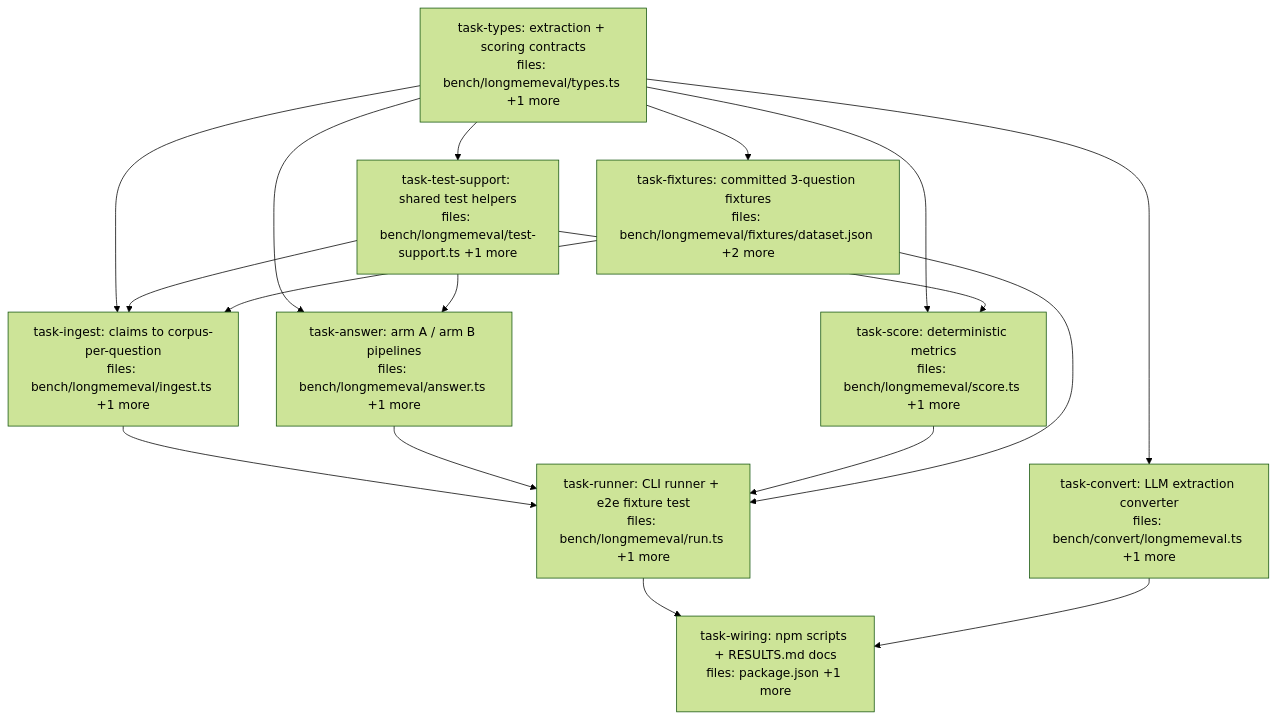
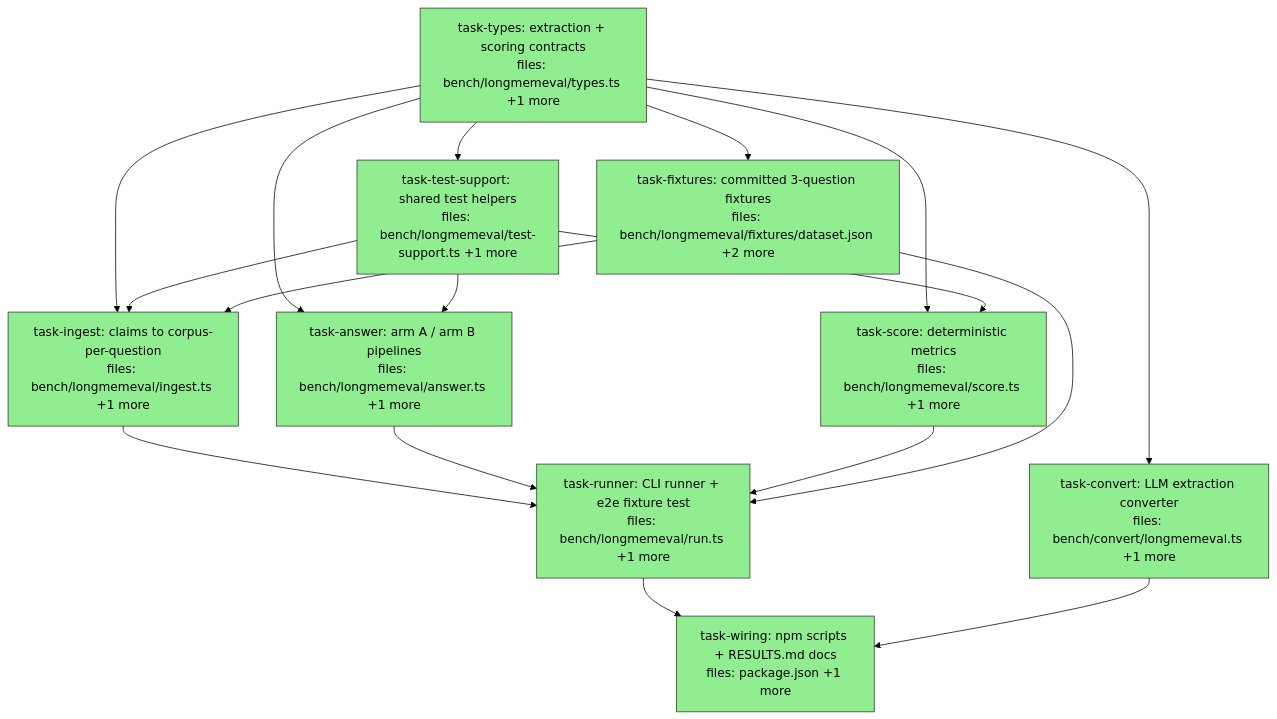
Before and after one commit to BrettNye/Mneme: the diagram in docs/superpowers/plans/2026-06-05-longmemeval-bench-dag.md, drawn with Mermaid (forest theme). The commit also changed other lines of this file and 1 other file, not shown here.

First line of the commit message:
docs(plan,spec): execution statuses all done; sanction tau_valid for arm A

````diff
--- a/docs/superpowers/plans/2026-06-05-longmemeval-bench-dag.md
+++ b/docs/superpowers/plans/2026-06-05-longmemeval-bench-dag.md
@@ -6,35 +6,35 @@
 ```mermaid
 flowchart TD
-    task-types["task-types: extraction + scoring contracts<br/>files: bench/longmemeval/types.ts +1 more"]
-    task-test-support["task-test-support: shared test helpers<br/>files: bench/longmemeval/test-support.ts +1 more"]
-    task-convert["task-convert: LLM extraction converter<br/>files: bench/convert/longmemeval.ts +1 more"]
-    task-fixtures["task-fixtures: committed 3-question fixtures<br/>files: bench/longmemeval/fixtures/dataset.json +2 more"]
-    task-score["task-score: deterministic metrics<br/>files: bench/longmemeval/score.ts +1 more"]
-    task-answer["task-answer: arm A / arm B pipelines<br/>files: bench/longmemeval/answer.ts +1 more"]
-    task-ingest["task-ingest: claims to corpus-per-question<br/>files: bench/longmemeval/ingest.ts +1 more"]
-    task-runner["task-runner: CLI runner + e2e fixture test<br/>files: bench/longmemeval/run.ts +1 more"]
-    task-wiring["task-wiring: npm scripts + RESULTS.md docs<br/>files: package.json +1 more"]
+    task-types["task-types: extraction + scoring contracts<br/>files: bench/longmemeval/types.ts +1 more"]:::done
+    task-test-support["task-test-support: shared test helpers<br/>files: bench/longmemeval/test-support.ts +1 more"]:::done
+    task-convert["task-convert: LLM extraction converter<br/>files: bench/convert/longmemeval.ts +1 more"]:::done
+    task-fixtures["task-fixtures: committed 3-question fixtures<br/>files: bench/longmemeval/fixtures/dataset.json +2 more"]:::done
+    task-score["task-score: deterministic metrics<br/>files: bench/longmemeval/score.ts +1 more"]:::done
+    task-answer["task-answer: arm A / arm B pipelines<br/>files: bench/longmemeval/answer.ts +1 more"]:::done
+    task-ingest["task-ingest: claims to corpus-per-question<br/>files: bench/longmemeval/ingest.ts +1 more"]:::done
+    task-runner["task-runner: CLI runner + e2e fixture test<br/>files: bench/longmemeval/run.ts +1 more"]:::done
+    task-wiring["task-wiring: npm scripts + RESULTS.md docs<br/>files: package.json +1 more"]:::done
 
     task-types --> task-test-support
     task-types --> task-convert
     task-types --> task-fixtures
     task-types --> task-score
     task-types --> task-answer
     task-types --> task-ingest
     task-test-support --> task-score
     task-test-support --> task-answer
     task-test-support --> task-ingest
     task-fixtures --> task-ingest
     task-ingest --> task-runner
     task-answer --> task-runner
     task-score --> task-runner
     task-fixtures --> task-runner
     task-runner --> task-wiring
     task-convert --> task-wiring
 
     classDef done fill:#90ee90,stroke:#333
     classDef ready fill:#fffacd,stroke:#333
     classDef running fill:#87ceeb,stroke:#333
     classDef failed fill:#ffb6c1,stroke:#333
     classDef skipped fill:#d3d3d3,stroke:#333,stroke-dasharray: 5 5
 ```
````
